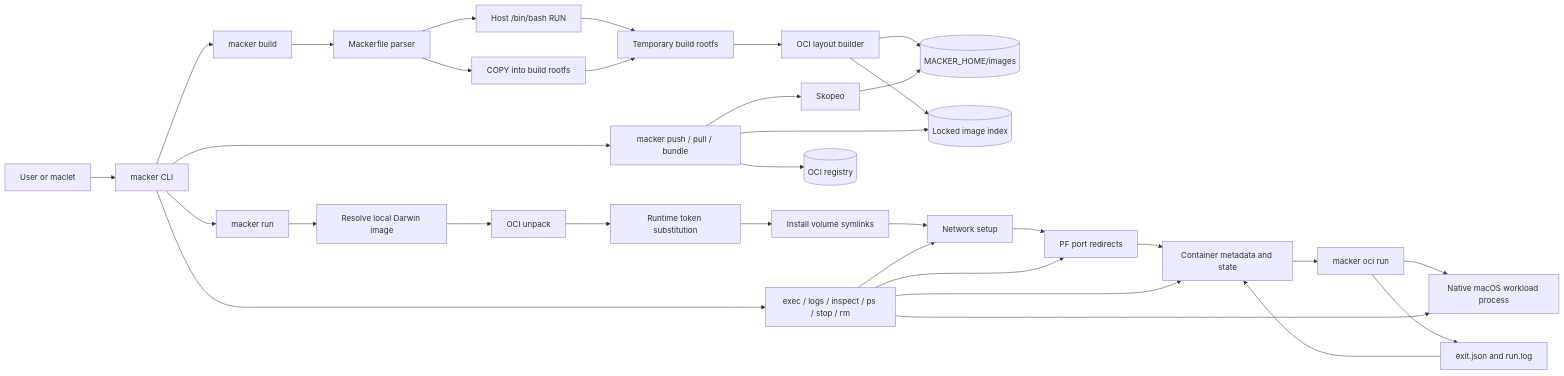
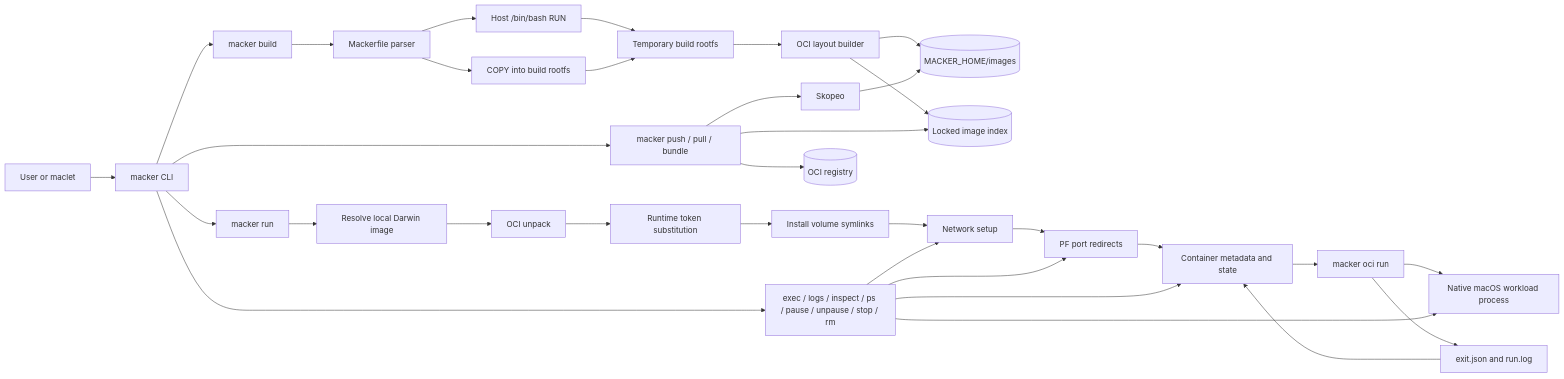
One commit to initialed85/macker changed the first of 3 diagrams in ARCHITECTURE.md. Above: the diagram before and after it, drawn with Mermaid. The commit also changed other lines of this file and 4 other files, not shown here.

Commit message:
Add non-destructive pause lifecycle

````diff
--- a/ARCHITECTURE.md
+++ b/ARCHITECTURE.md
@@ -23,39 +23,39 @@
 ```mermaid
 flowchart LR
     User[User or maclet] --> CLI[macker CLI]
     CLI --> Build[macker build]
     CLI --> Registry[macker push / pull / bundle]
     CLI --> Run[macker run]
-    CLI --> Lifecycle[exec / logs / inspect / ps / stop / rm]
+    CLI --> Lifecycle[exec / logs / inspect / ps / pause / unpause / stop / rm]
 
     Build --> Parser[Mackerfile parser]
     Parser --> HostRun[Host /bin/bash RUN]
     Parser --> Copy[COPY into build rootfs]
     HostRun --> BuildRootfs[Temporary build rootfs]
     Copy --> BuildRootfs
     BuildRootfs --> OCIBuilder[OCI layout builder]
     OCIBuilder --> Images[(MACKER_HOME/images)]
     OCIBuilder --> ImageState[(Locked image index)]
 
     Registry --> Skopeo[Skopeo]
     Skopeo --> Images
     Registry --> ImageState
     Registry --> Remote[(OCI registry)]
 
     Run --> Resolve[Resolve local Darwin image]
     Resolve --> Unpack[OCI unpack]
     Unpack --> Config[Runtime token substitution]
     Config --> Volumes[Install volume symlinks]
     Volumes --> Network[Network setup]
     Network --> PF[PF port redirects]
     PF --> Metadata[Container metadata and state]
     Metadata --> OCIRun[macker oci run]
     OCIRun --> Native[Native macOS workload process]
     OCIRun --> Exit[exit.json and run.log]
     Exit --> Metadata
 
     Lifecycle --> Metadata
     Lifecycle --> Native
     Lifecycle --> PF
     Lifecycle --> Network
 ```
````
